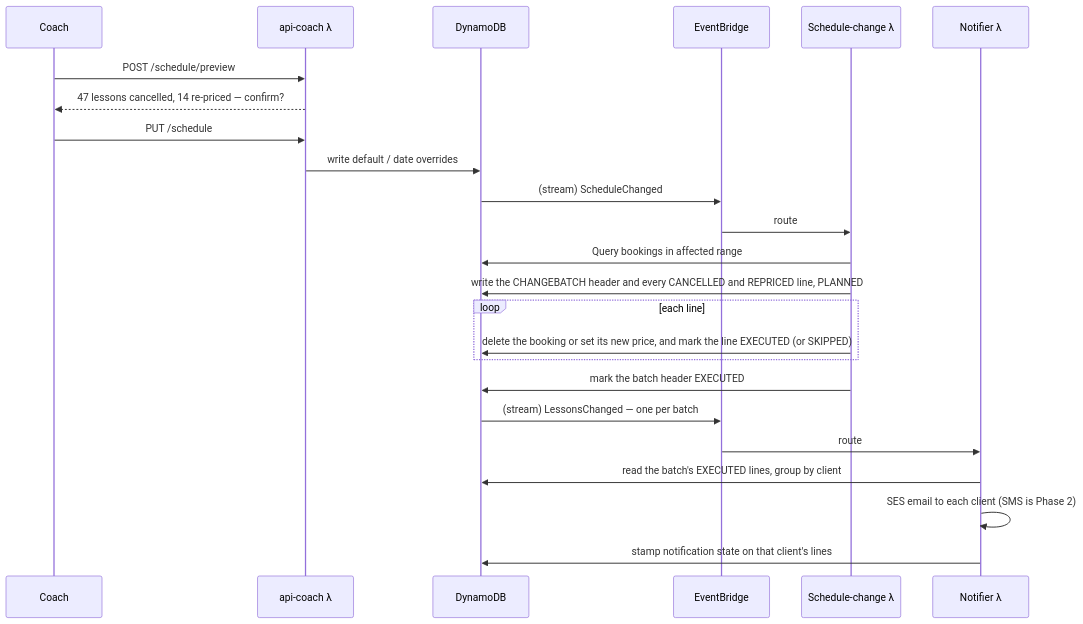
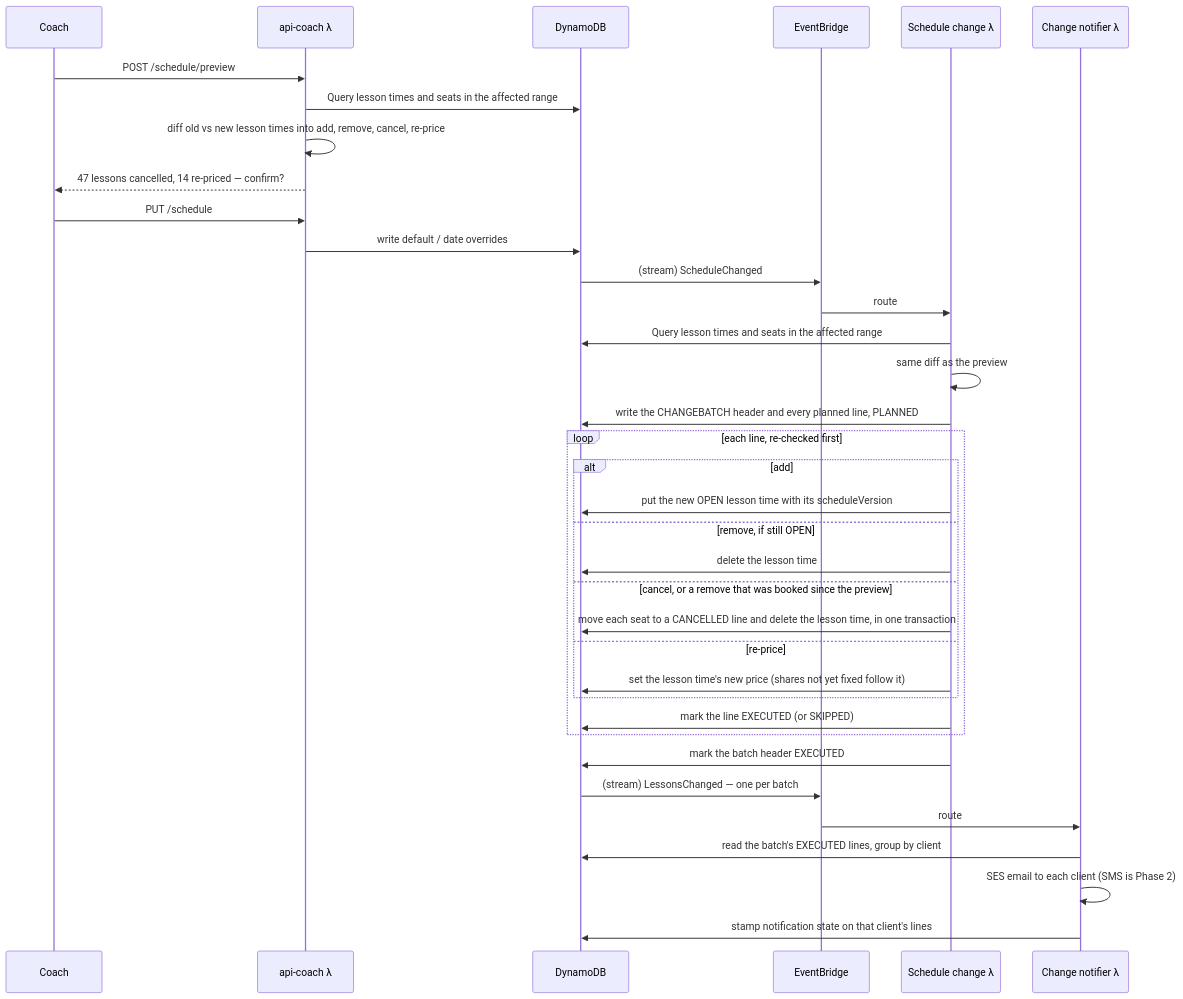
The diagram in docs/adr/ADR-006-open-booking-recurring-lessons-and-cancellation.md (jessicamvega6/bladebook), drawn with Mermaid before and after one commit. The commit also changed other lines of this file and 26 other files, not shown here.

First line of the commit message:
Design doc updates: diagrams synced, shared-lesson and leave rules

````diff
--- a/docs/adr/ADR-006-open-booking-recurring-lessons-and-cancellation.md
+++ b/docs/adr/ADR-006-open-booking-recurring-lessons-and-cancellation.md
@@ -418,26 +464,38 @@
 ```mermaid
 sequenceDiagram
     participant C as Coach
     participant API as api-coach λ
     participant DB as DynamoDB
     participant Bus as EventBridge
-    participant X as Schedule-change λ
-    participant N as Notifier λ
+    participant X as Schedule change λ
+    participant N as Change notifier λ
     C->>API: POST /schedule/preview
+    API->>DB: Query lesson times and seats in the affected range
+    API->>API: diff old vs new lesson times into add, remove, cancel, re-price
     API-->>C: 47 lessons cancelled, 14 re-priced — confirm?
     C->>API: PUT /schedule
     API->>DB: write default / date overrides
     DB->>Bus: (stream) ScheduleChanged
     Bus->>X: route
-    X->>DB: Query bookings in affected range
-    X->>DB: write the CHANGEBATCH header and every CANCELLED and REPRICED line, PLANNED
-    loop each line
-        X->>DB: delete the booking or set its new price, and mark the line EXECUTED (or SKIPPED)
+    X->>DB: Query lesson times and seats in the affected range
+    X->>X: same diff as the preview
+    X->>DB: write the CHANGEBATCH header and every planned line, PLANNED
+    loop each line, re-checked first
+        alt add
+            X->>DB: put the new OPEN lesson time with its scheduleVersion
+        else remove, if still OPEN
+            X->>DB: delete the lesson time
+        else cancel, or a remove that was booked since the preview
+            X->>DB: move each seat to a CANCELLED line and delete the lesson time, in one transaction
+        else re-price
+            X->>DB: set the lesson time's new price (shares not yet fixed follow it)
+        end
+        X->>DB: mark the line EXECUTED (or SKIPPED)
     end
     X->>DB: mark the batch header EXECUTED
     DB->>Bus: (stream) LessonsChanged — one per batch
     Bus->>N: route
     N->>DB: read the batch's EXECUTED lines, group by client
     N->>N: SES email to each client (SMS is Phase 2)
     N->>DB: stamp notification state on that client's lines
 ```
````
